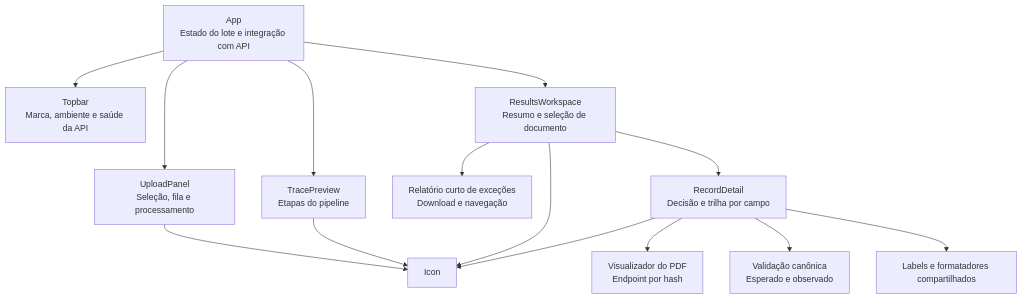
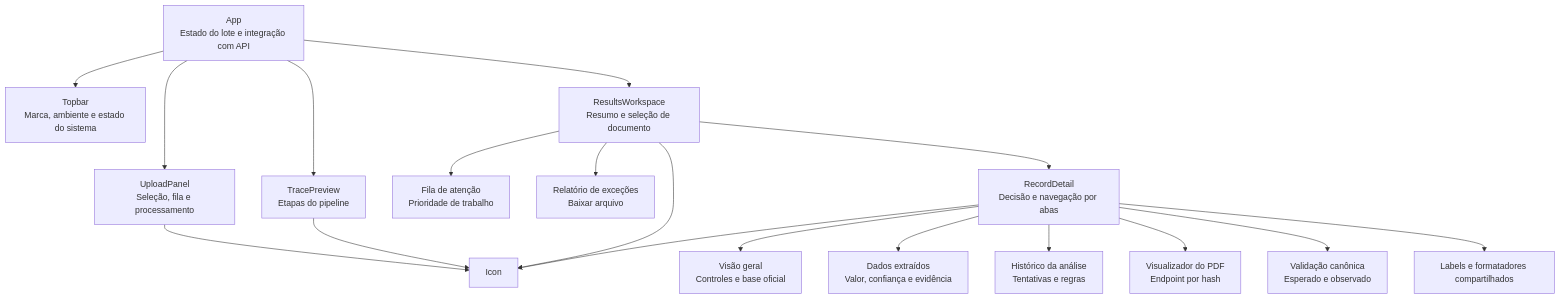
One commit to GMiraaa/fintrace changed the diagram in f_docs/b_architecture/frontend-design.md. Above: the diagram before and after it, drawn with Mermaid. The commit also changed other lines of this file and 17 other files, not shown here.

````diff
--- a/f_docs/b_architecture/frontend-design.md
+++ b/f_docs/b_architecture/frontend-design.md
@@ -50,17 +50,21 @@
 ```mermaid
 flowchart TD
     APP[App<br/>Estado do lote e integração com API]
-    APP --> TOP[Topbar<br/>Marca, ambiente e saúde da API]
+    APP --> TOP[Topbar<br/>Marca, ambiente e estado do sistema]
     APP --> UP[UploadPanel<br/>Seleção, fila e processamento]
     APP --> TRACE[TracePreview<br/>Etapas do pipeline]
     APP --> RESULTS[ResultsWorkspace<br/>Resumo e seleção de documento]
-    RESULTS --> REPORT[Relatório curto de exceções<br/>Download e navegação]
-    RESULTS --> DETAIL[RecordDetail<br/>Decisão e trilha por campo]
+    RESULTS --> QUEUE[Fila de atenção<br/>Prioridade de trabalho]
+    RESULTS --> REPORT[Relatório de exceções<br/>Baixar arquivo]
+    RESULTS --> DETAIL[RecordDetail<br/>Decisão e navegação por abas]
+    DETAIL --> OVERVIEW[Visão geral<br/>Controles e base oficial]
+    DETAIL --> DATA[Dados extraídos<br/>Valor, confiança e evidência]
+    DETAIL --> HISTORY[Histórico da análise<br/>Tentativas e regras]
     DETAIL --> PDF[Visualizador do PDF<br/>Endpoint por hash]
     DETAIL --> REF[Validação canônica<br/>Esperado e observado]
     UP --> ICON[Icon]
     TRACE --> ICON
     RESULTS --> ICON
     DETAIL --> ICON
     DETAIL --> CONST[Labels e formatadores compartilhados]
 ```
````
